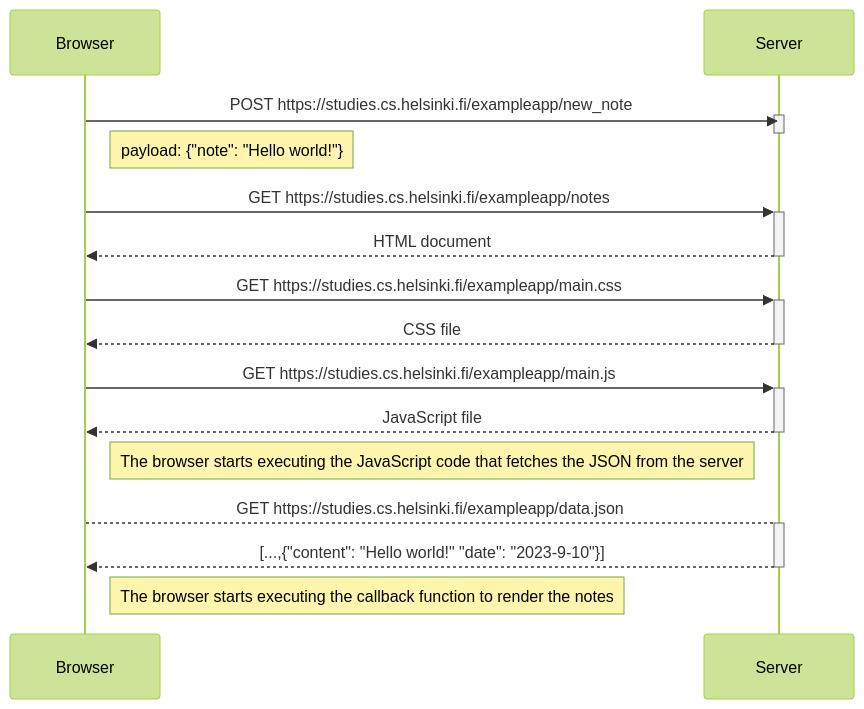
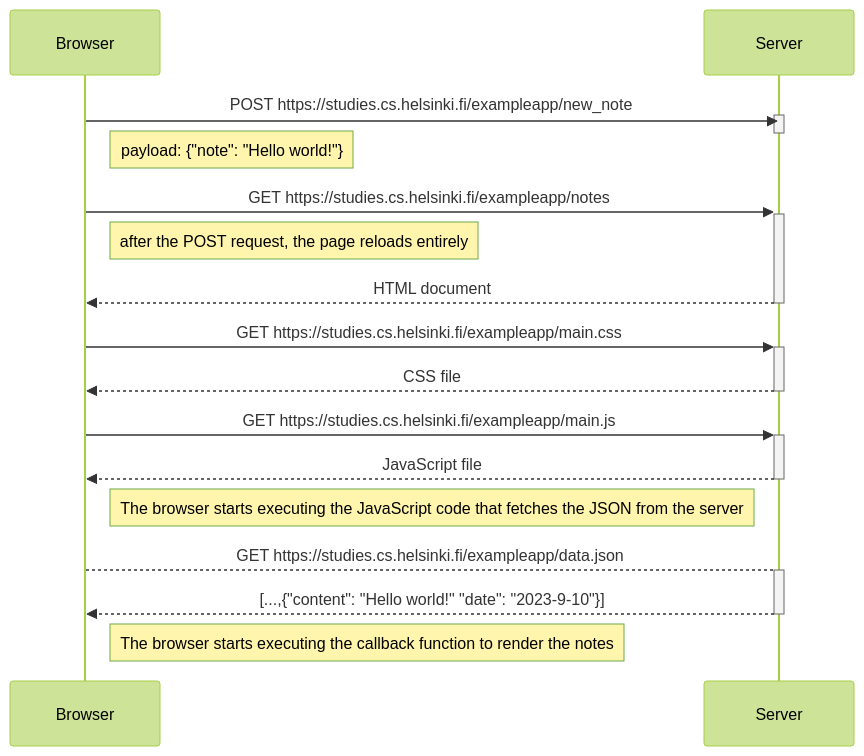
One commit to matic1010/fullstackopen-submissions changed the diagram in part0/new_note_diagram.md. Above: the diagram before and after it, drawn with Mermaid (forest theme).

Commit message:
added comment

````diff
--- a/part0/new_note_diagram.md
+++ b/part0/new_note_diagram.md
@@ -7,33 +7,35 @@
 ```mermaid
   sequenceDiagram
     participant Browser
     participant Server
 
     Browser->>Server: POST https://studies.cs.helsinki.fi/exampleapp/new_note
     activate Server
     deactivate Server
     note right of Browser: payload: {"note": "Hello world!"}
 
 
     Browser->>+Server: GET https://studies.cs.helsinki.fi/exampleapp/notes
+
+    note right of Browser: after the POST request, the page reloads entirely
 
 
     Server-->>-Browser: HTML document
 
     Browser->>+Server: GET https://studies.cs.helsinki.fi/exampleapp/main.css
 
     Server-->>-Browser: CSS file
 
     Browser->>+Server: GET https://studies.cs.helsinki.fi/exampleapp/main.js
 
     Server-->>-Browser: JavaScript file
 
     Note right of Browser: The browser starts executing the JavaScript code that fetches the JSON from the server
 
     Browser-->+Server: GET https://studies.cs.helsinki.fi/exampleapp/data.json
 
     Server-->>-Browser: [...,{"content": "Hello world!" "date": "2023-9-10"}]
 
     Note right of Browser: The browser starts executing the callback function to render the notes
 
 ```
````
